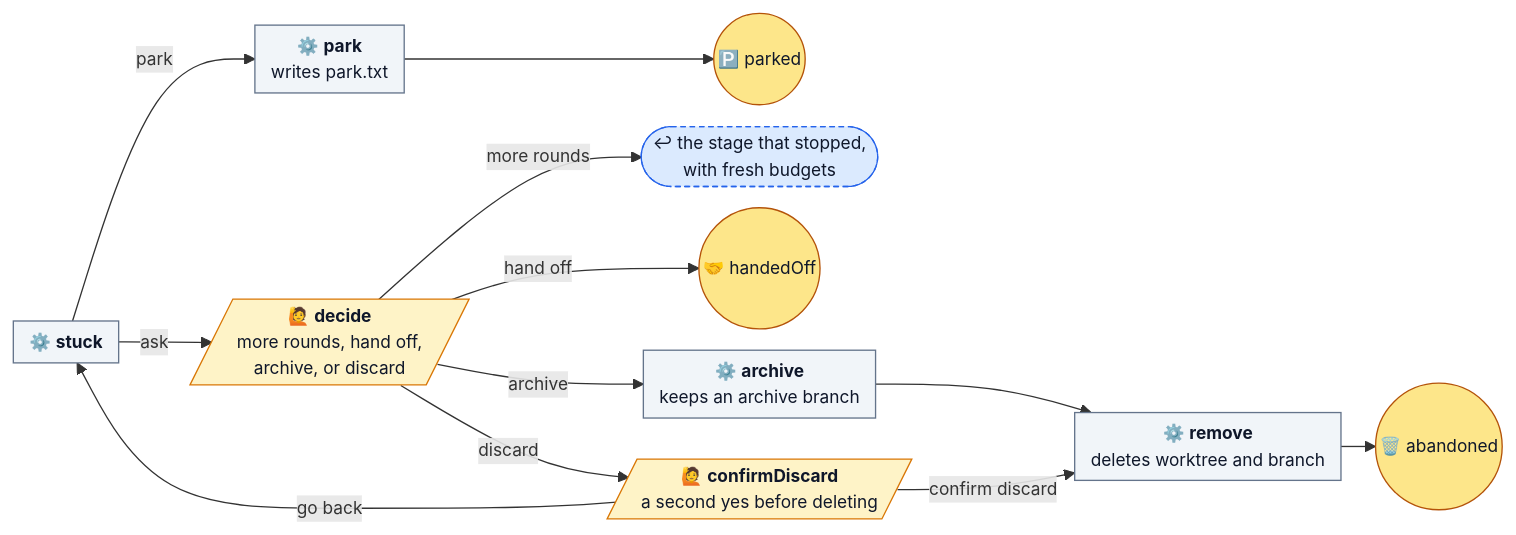
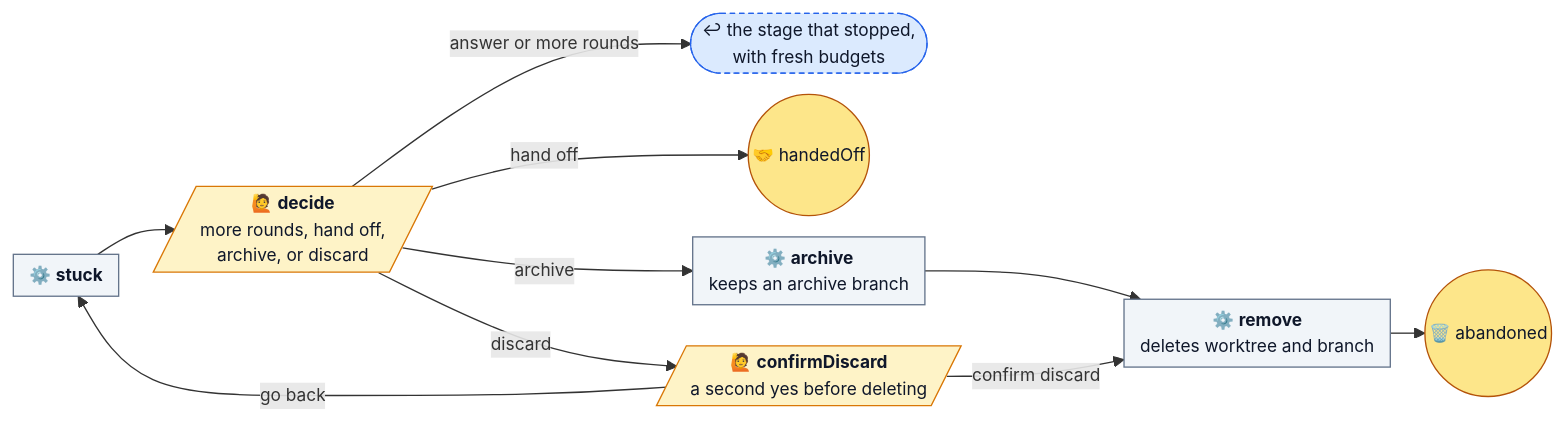
One commit to dna113p/machine-shop changed the second of 2 diagrams in docs/workflows/ticket-task.md. Above: the diagram before and after it, drawn with Mermaid. The commit also changed other lines of this file and 5 other files, not shown here.

````diff
--- a/docs/workflows/ticket-task.md
+++ b/docs/workflows/ticket-task.md
@@ -164,33 +171,30 @@
 ```mermaid
 %%{init: {"themeVariables": {"fontSize": "13px"}, "flowchart": {"nodeSpacing": 16, "rankSpacing": 26, "padding": 6, "diagramPadding": 4}}}%%
 flowchart LR
   stuck["⚙️ <b>stuck</b>"]
-  park["⚙️ <b>park</b><br/>writes park.txt"]
   decide[/"🙋 <b>decide</b><br/>more rounds, hand off,<br/>archive, or discard"/]
   confirmDiscard[/"🙋 <b>confirmDiscard</b><br/>a second yes before deleting"/]
   archive["⚙️ <b>archive</b><br/>keeps an archive branch"]
   remove["⚙️ <b>remove</b><br/>deletes worktree and branch"]
   again(["↩ the stage that stopped,<br/>with fresh budgets"])
-  parked(("🅿️ parked"))
   handedOff(("🤝 handedOff"))
   abandoned(("🗑️ abandoned"))
 
-  stuck -->|park| park --> parked
-  stuck -->|ask| decide
-  decide -->|"more rounds"| again
+  stuck --> decide
+  decide -->|"answer or more rounds"| again
   decide -->|"hand off"| handedOff
   decide -->|archive| archive --> remove
   decide -->|discard| confirmDiscard
   confirmDiscard -->|"confirm discard"| remove
   confirmDiscard -->|"go back"| stuck
   remove --> abandoned
 
   classDef op fill:#f1f5f9,stroke:#64748b,color:#0f172a
   classDef human fill:#fef3c7,stroke:#d97706,color:#0f172a
   classDef no fill:#fde68a,stroke:#b45309,color:#0f172a
   classDef back fill:#dbeafe,stroke:#2563eb,color:#0f172a,stroke-dasharray:4 3
-  class stuck,park,archive,remove op
+  class stuck,archive,remove op
   class decide,confirmDiscard human
-  class parked,handedOff,abandoned no
+  class handedOff,abandoned no
   class again back
 ```
````
